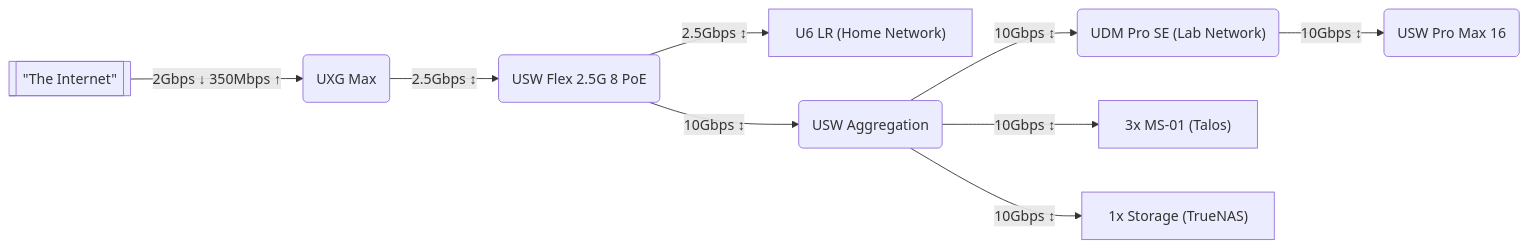
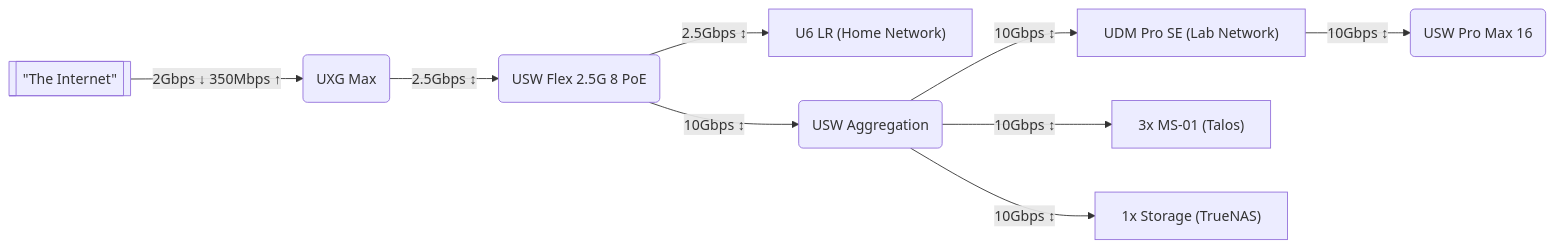
The diagram in README.md (waifulabs/infrastructure), drawn with Mermaid before and after one commit.

Commit message:
I must enjoy torturing myself

````diff
--- a/README.md
+++ b/README.md
@@ -74,11 +74,11 @@
 ```mermaid
 flowchart LR
     A[["#quot;The Internet#quot;"]] -- 2Gbps ↓ 350Mbps  ↑ --> B("UXG Max");
     B -- 2.5Gbps ↕ --> C("USW Flex 2.5G 8 PoE")
     C -- 2.5Gbps ↕ --> D["U6 LR (Home Network)"]
     C -- 10Gbps ↕ --> E("USW Aggregation")
-    E -- 10Gbps ↕ --> F("UDM Pro SE (Lab Network)")
+    E -- 10Gbps ↕ --> F["UDM Pro SE (Lab Network)"]
     F -- 10Gbps ↕ --> G("USW Pro Max 16")
     E -- 10Gbps ↕ --> H["3x MS-01 (Talos)"]
     E -- 10Gbps ↕ --> I["1x Storage (TrueNAS)"]
 ```
````
